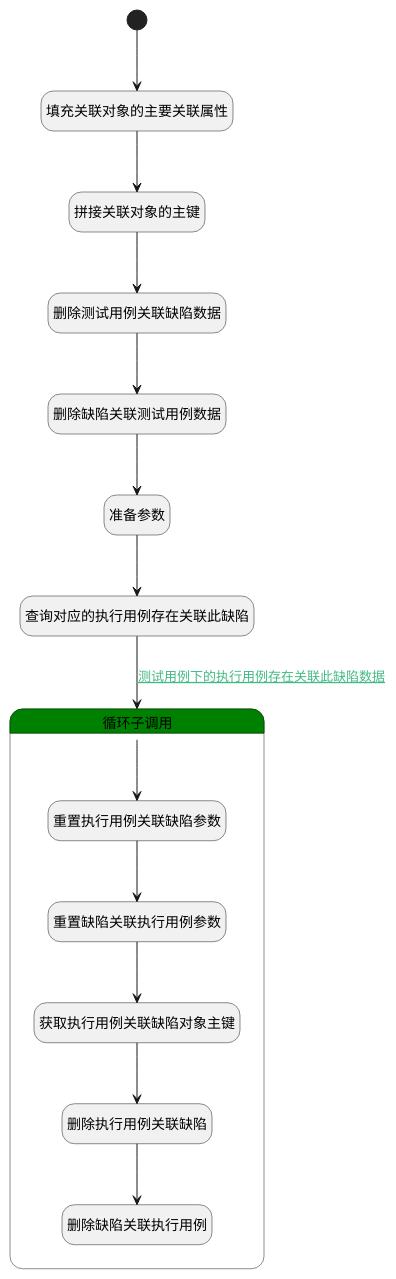
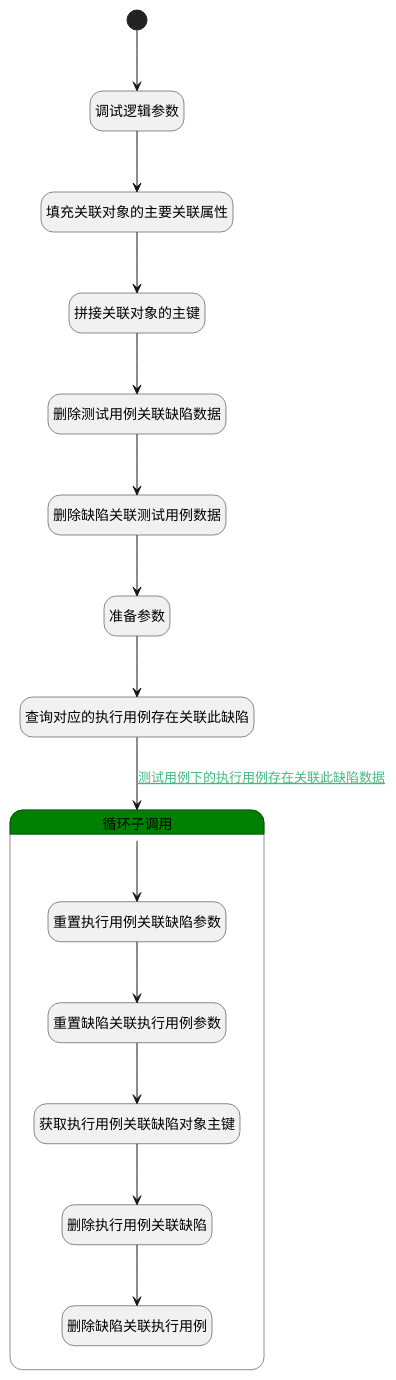
One commit to iBizLab/plm changed the diagram in doc/docsify/module/Base/relation/logic/test_case_del_relation_bug.md. Above: the diagram before and after it, drawn with PlantUML. The commit also changed other lines of this file and 1276 other files, not shown here.

````diff
--- a/doc/docsify/module/Base/relation/logic/test_case_del_relation_bug.md
+++ b/doc/docsify/module/Base/relation/logic/test_case_del_relation_bug.md
@@ -7,42 +7,44 @@
 ```plantuml
 @startuml
 hide empty description
 <style>
 root {
   HyperlinkColor #42b983
 }
 </style>
 
 hide empty description
 state "开始" as Begin <<start>> [[$./test_case_del_relation_bug#begin {"开始"}]]
+state "调试逻辑参数" as DEBUGPARAM1  [[$./test_case_del_relation_bug#debugparam1 {"调试逻辑参数"}]]
 state "填充关联对象的主要关联属性" as PREPAREPARAM1  [[$./test_case_del_relation_bug#prepareparam1 {"填充关联对象的主要关联属性"}]]
 state "拼接关联对象的主键" as RAWSFCODE1  [[$./test_case_del_relation_bug#rawsfcode1 {"拼接关联对象的主键"}]]
 state "删除测试用例关联缺陷数据" as DEACTION2  [[$./test_case_del_relation_bug#deaction2 {"删除测试用例关联缺陷数据"}]]
 state "删除缺陷关联测试用例数据" as DEACTION3  [[$./test_case_del_relation_bug#deaction3 {"删除缺陷关联测试用例数据"}]]
 state "准备参数" as PREPAREPARAM2  [[$./test_case_del_relation_bug#prepareparam2 {"准备参数"}]]
 state "查询对应的执行用例存在关联此缺陷" as DEDATASET1  [[$./test_case_del_relation_bug#dedataset1 {"查询对应的执行用例存在关联此缺陷"}]]
 state "循环子调用" as LOOPSUBCALL1  [[$./test_case_del_relation_bug#loopsubcall1 {"循环子调用"}]] #green {
 state "重置执行用例关联缺陷参数" as RESETPARAM1  [[$./test_case_del_relation_bug#resetparam1 {"重置执行用例关联缺陷参数"}]]
 state "重置缺陷关联执行用例参数" as RESETPARAM2  [[$./test_case_del_relation_bug#resetparam2 {"重置缺陷关联执行用例参数"}]]
 state "获取执行用例关联缺陷对象主键" as RAWSFCODE2  [[$./test_case_del_relation_bug#rawsfcode2 {"获取执行用例关联缺陷对象主键"}]]
 state "删除执行用例关联缺陷" as DEACTION4  [[$./test_case_del_relation_bug#deaction4 {"删除执行用例关联缺陷"}]]
 state "删除缺陷关联执行用例" as DEACTION5  [[$./test_case_del_relation_bug#deaction5 {"删除缺陷关联执行用例"}]]
 }
 
 
-Begin --> PREPAREPARAM1
+Begin --> DEBUGPARAM1
+DEBUGPARAM1 --> PREPAREPARAM1
 PREPAREPARAM1 --> RAWSFCODE1
 RAWSFCODE1 --> DEACTION2
 DEACTION2 --> DEACTION3
 DEACTION3 --> PREPAREPARAM2
 PREPAREPARAM2 --> DEDATASET1
 DEDATASET1 --> LOOPSUBCALL1 : [[$./test_case_del_relation_bug#dedataset1-loopsubcall1{测试用例下的执行用例存在关联此缺陷数据} 测试用例下的执行用例存在关联此缺陷数据]]
 LOOPSUBCALL1 --> RESETPARAM1
 RESETPARAM1 --> RESETPARAM2
 RESETPARAM2 --> RAWSFCODE2
 RAWSFCODE2 --> DEACTION4
 DEACTION4 --> DEACTION5
 
 
 @enduml
 ```
````
